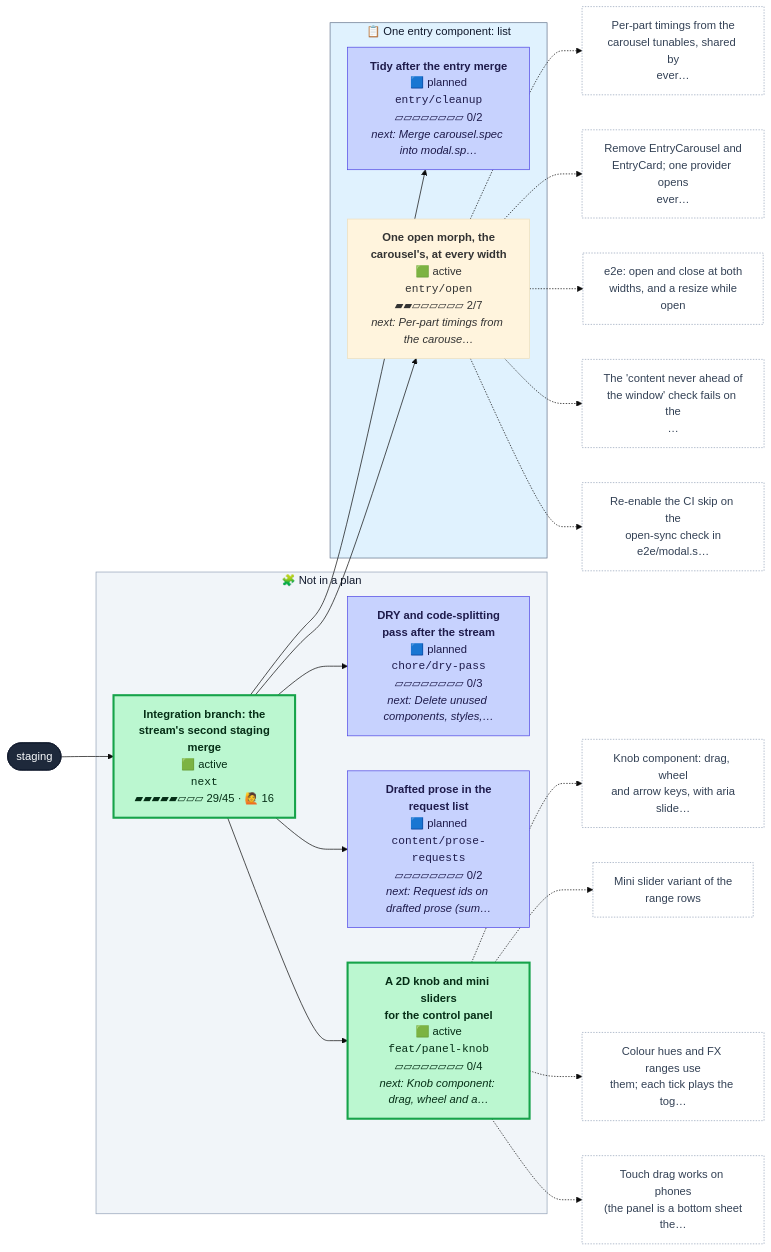
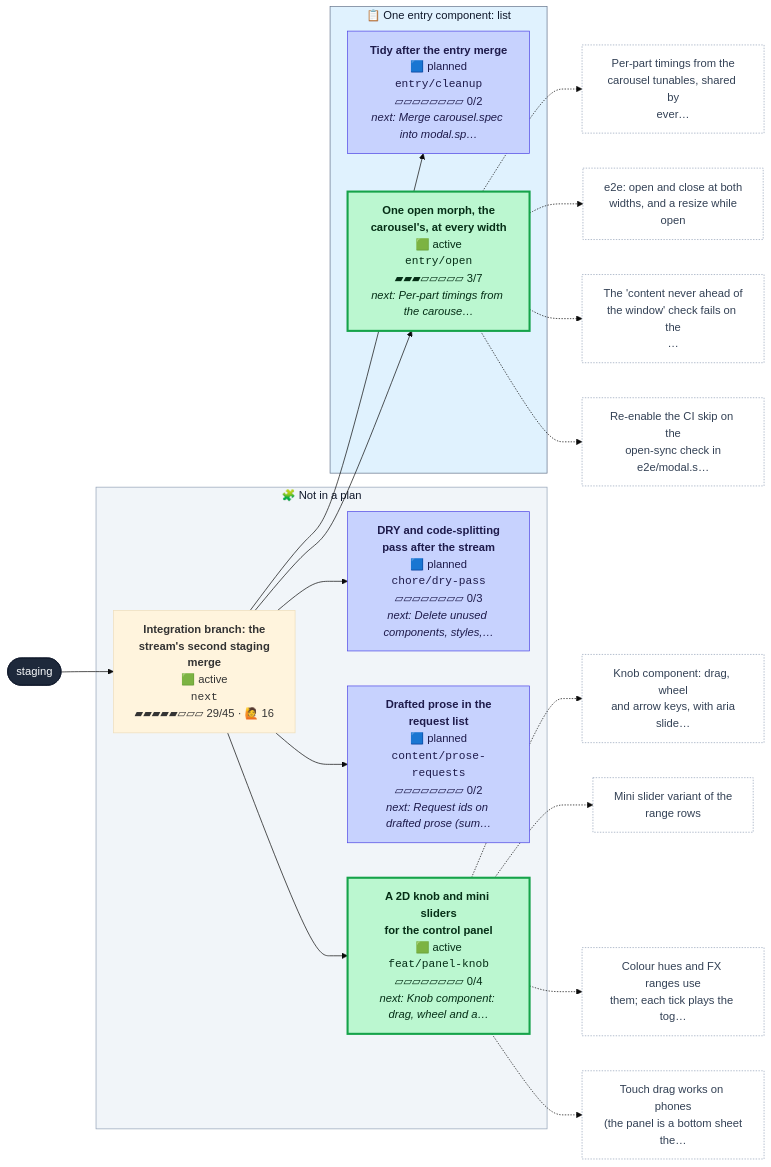
Before and after one commit to henryjonescodes/portfolio: the first of 2 diagrams in CONTRIBUTING.md, drawn with Mermaid (base theme). The commit also changed other lines of this file, not shown here.

````diff
--- a/CONTRIBUTING.md
+++ b/CONTRIBUTING.md
@@ -16,65 +16,62 @@
 ```mermaid
 flowchart LR
   n_staging([staging])
   class n_staging trunk
   subgraph plan_0["📋 One entry component: list"]
     n_entry_cleanup["<b>Tidy after the entry merge</b><br/>🟦 planned<br/><code>entry/cleanup</code><br/>▱▱▱▱▱▱▱▱ 0/2<br/><i>next: Merge carousel.spec into modal.sp…</i>"]
     class n_entry_cleanup planned
-    n_entry_open["<b>One open morph, the<br/>carousel's, at every width</b><br/>🟩 active<br/><code>entry/open</code><br/>▰▰▱▱▱▱▱▱ 2/7<br/><i>next: Per-part timings from the carouse…</i>"]
-    class n_entry_open active,current
+    n_entry_open["<b>One open morph, the<br/>carousel's, at every width</b><br/>🟩 active<br/><code>entry/open</code><br/>▰▰▰▱▱▱▱▱ 3/7<br/><i>next: Per-part timings from the carouse…</i>"]
+    class n_entry_open active
   end
   style plan_0 fill:#e0f2fe,stroke:#64748b,color:#0f172a
   subgraph loose["🧩 Not in a plan"]
     n_chore_dry_pass["<b>DRY and code-splitting<br/>pass after the stream</b><br/>🟦 planned<br/><code>chore/dry-pass</code><br/>▱▱▱▱▱▱▱▱ 0/3<br/><i>next: Delete unused components, styles,…</i>"]
     class n_chore_dry_pass planned
     n_content_prose_requests["<b>Drafted prose in the<br/>request list</b><br/>🟦 planned<br/><code>content/prose-requests</code><br/>▱▱▱▱▱▱▱▱ 0/2<br/><i>next: Request ids on drafted prose (sum…</i>"]
     class n_content_prose_requests planned
     n_feat_panel_knob["<b>A 2D knob and mini sliders<br/>for the control panel</b><br/>🟩 active<br/><code>feat/panel-knob</code><br/>▱▱▱▱▱▱▱▱ 0/4<br/><i>next: Knob component: drag, wheel and a…</i>"]
     class n_feat_panel_knob active
     n_next["<b>Integration branch: the<br/>stream's second staging<br/>merge</b><br/>🟩 active<br/><code>next</code><br/>▰▰▰▰▰▱▱▱ 29/45 · 🙋 16"]
-    class n_next active
+    class n_next active,current
   end
   style loose fill:#f1f5f9,stroke:#94a3b8,color:#0f172a
   n_next --> n_chore_dry_pass
   n_next --> n_content_prose_requests
   n_next --> n_entry_cleanup
   n_next --> n_entry_open
   n_next --> n_feat_panel_knob
   n_staging --> n_next
   n_entry_open_t0["Per-part timings from the<br/>carousel tunables, shared by<br/>ever…"]
   class n_entry_open_t0 todo
   n_entry_open -.-> n_entry_open_t0
-  n_entry_open_t1["Remove EntryCarousel and<br/>EntryCard; one provider opens<br/>ever…"]
+  n_entry_open_t1["e2e: open and close at both<br/>widths, and a resize while<br/>open"]
   class n_entry_open_t1 todo
   n_entry_open -.-> n_entry_open_t1
-  n_entry_open_t2["e2e: open and close at both<br/>widths, and a resize while<br/>open"]
+  n_entry_open_t2["The 'content never ahead of<br/>the window' check fails on the<br/>…"]
   class n_entry_open_t2 todo
   n_entry_open -.-> n_entry_open_t2
-  n_entry_open_t3["The 'content never ahead of<br/>the window' check fails on the<br/>…"]
+  n_entry_open_t3["Re-enable the CI skip on the<br/>open-sync check in<br/>e2e/modal.s…"]
   class n_entry_open_t3 todo
   n_entry_open -.-> n_entry_open_t3
-  n_entry_open_t4["Re-enable the CI skip on the<br/>open-sync check in<br/>e2e/modal.s…"]
-  class n_entry_open_t4 todo
-  n_entry_open -.-> n_entry_open_t4
   n_feat_panel_knob_t0["Knob component: drag, wheel<br/>and arrow keys, with aria<br/>slide…"]
   class n_feat_panel_knob_t0 todo
   n_feat_panel_knob -.-> n_feat_panel_knob_t0
   n_feat_panel_knob_t1["Mini slider variant of the<br/>range rows"]
   class n_feat_panel_knob_t1 todo
   n_feat_panel_knob -.-> n_feat_panel_knob_t1
   n_feat_panel_knob_t2["Colour hues and FX ranges use<br/>them; each tick plays the tog…"]
   class n_feat_panel_knob_t2 todo
   n_feat_panel_knob -.-> n_feat_panel_knob_t2
   n_feat_panel_knob_t3["Touch drag works on phones<br/>(the panel is a bottom sheet<br/>the…"]
   class n_feat_panel_knob_t3 todo
   n_feat_panel_knob -.-> n_feat_panel_knob_t3
   classDef merged fill:#dcfce7,stroke:#16a34a,color:#052e16
   classDef todo fill:#ffffff,stroke:#94a3b8,stroke-dasharray:2 2,color:#334155
   classDef planned fill:#c7d2fe,stroke:#4f46e5,color:#1e1b4b
   classDef sketched fill:#f8fafc,stroke:#64748b,stroke-dasharray:4 3,color:#334155
   classDef active fill:#bbf7d0,stroke:#16a34a,stroke-width:3px,color:#052e16
   classDef review fill:#fde68a,stroke:#d97706,stroke-width:3px,color:#451a03
   classDef blocked fill:#fecaca,stroke:#dc2626,stroke-width:3px,color:#450a0a
   classDef trunk fill:#1e293b,stroke:#0f172a,color:#f8fafc
   classDef current stroke:#0ea5e9,stroke-width:5px
 ```
````
